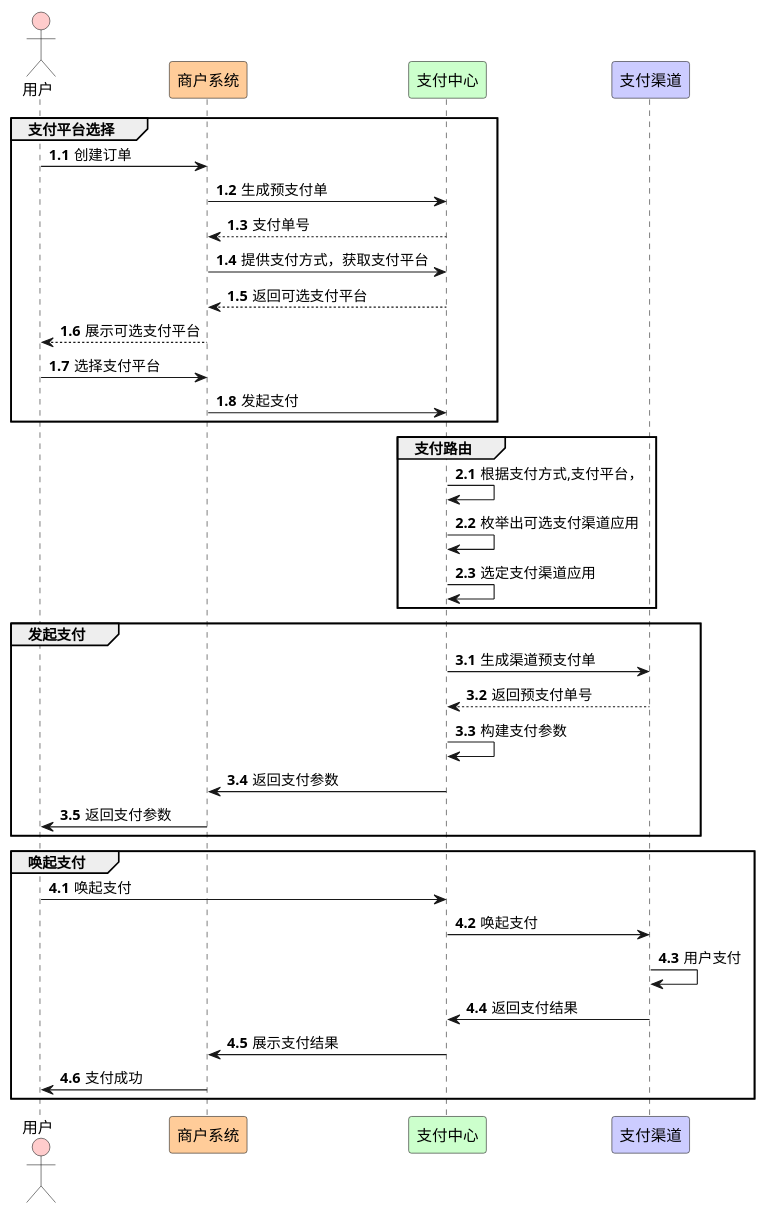
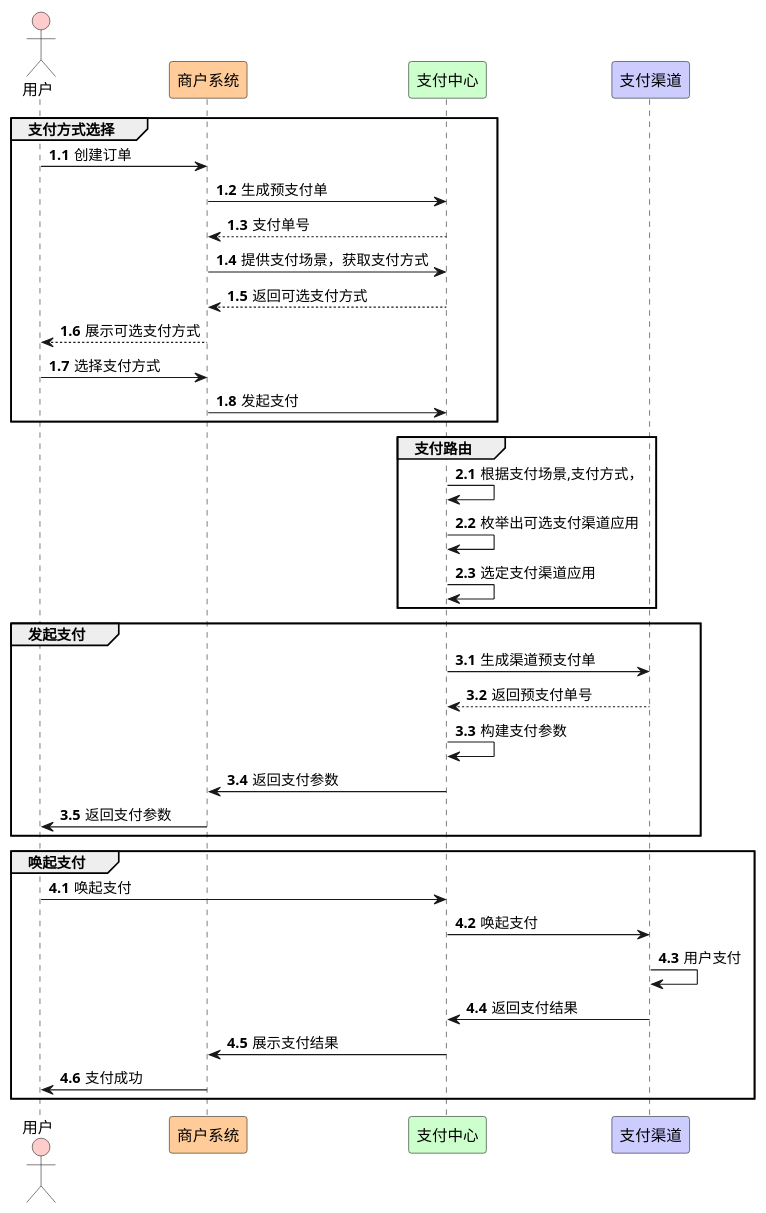
Before and after one commit to red-jasmine/payment: the diagram in docs/支付路由.puml, drawn with PlantUML. The commit also changed 27 other files, not shown here.

```diff
--- a/docs/支付路由.puml
+++ b/docs/支付路由.puml
@@ -1,74 +1,74 @@
 @startuml
 'https://plantuml.com/sequence-diagram
 
 actor 用户 #FFCCCC
 participant 商户系统 #FFCC99
 participant 支付中心 #CCFFCC
 participant 支付渠道 #CCCCFF
 
 
 
 
 autonumber 1.1
 
 
-group 支付平台选择
+group 支付方式选择
 
 用户 -> 商户系统: 创建订单
 
 商户系统 -> 支付中心: 生成预支付单
 
 支付中心 --> 商户系统: 支付单号
 
-商户系统 -> 支付中心: 提供支付方式，获取支付平台
+商户系统 -> 支付中心: 提供支付场景，获取支付方式
 
-支付中心 --> 商户系统: 返回可选支付平台
+支付中心 --> 商户系统: 返回可选支付方式
 
-商户系统 --> 用户: 展示可选支付平台
+商户系统 --> 用户: 展示可选支付方式
 
-用户 -> 商户系统: 选择支付平台
+用户 -> 商户系统: 选择支付方式
 
 商户系统 -> 支付中心: 发起支付
 
 end
 
 autonumber 2.1
 group 支付路由
 
 
-支付中心 -> 支付中心: 根据支付方式,支付平台，
+支付中心 -> 支付中心: 根据支付场景,支付方式，
 支付中心 -> 支付中心: 枚举出可选支付渠道应用
 支付中心 -> 支付中心: 选定支付渠道应用
 end
 
 autonumber 3.1
 group 发起支付
 支付中心 -> 支付渠道: 生成渠道预支付单
 支付渠道 --> 支付中心: 返回预支付单号
 支付中心 -> 支付中心: 构建支付参数
 支付中心 -> 商户系统: 返回支付参数
 
 商户系统 -> 用户:返回支付参数
 
 
 end
 autonumber 4.1
 group 唤起支付
 用户 -> 支付中心: 唤起支付
 支付中心 -> 支付渠道: 唤起支付
 支付渠道-> 支付渠道: 用户支付
 
 支付渠道 -> 支付中心: 返回支付结果
 
 
 支付中心 -> 商户系统: 展示支付结果
 
 商户系统 -> 用户: 支付成功
 
 end
 
 
 
 
 
 @enduml
```
